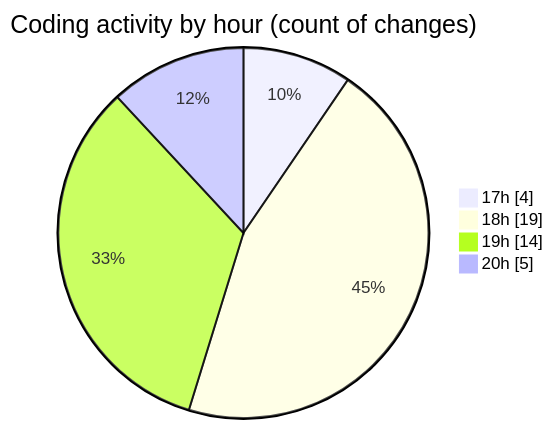
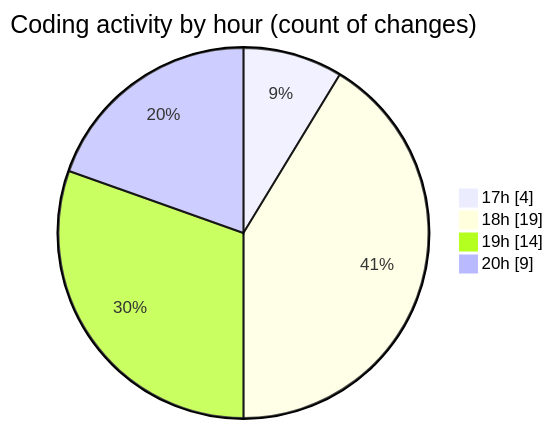
Before and after one commit to MatusMokan/code-tracking: the second of 2 diagrams in 2025-03-18/myws__workspace_/README.md, drawn with Mermaid. The commit also changed other lines of this file and 1 other file, not shown here.

````diff
--- a/2025-03-18/myws__workspace_/README.md
+++ b/2025-03-18/myws__workspace_/README.md
@@ -30,8 +31,8 @@
 ```mermaid
 pie showData
 title Coding activity by hour (count of changes)
 "17h" : 4
 "18h" : 19
 "19h" : 14
-"20h" : 5
+"20h" : 9
 ```
````
